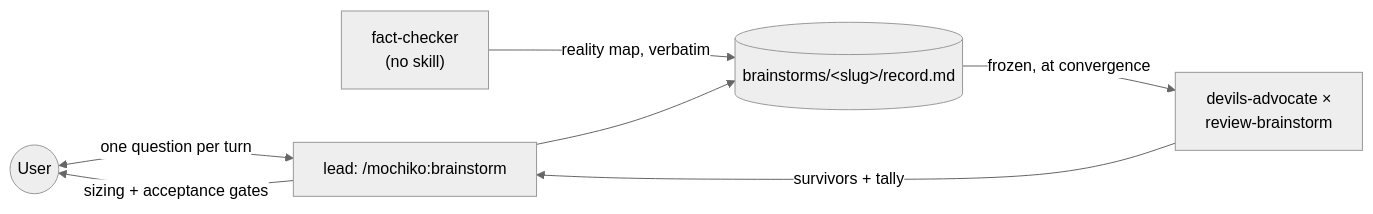
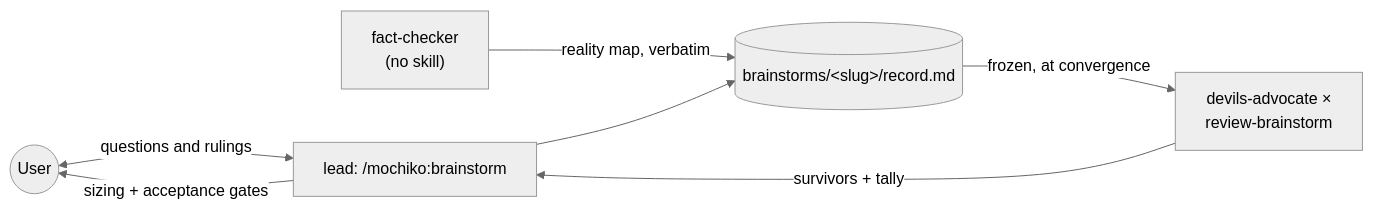
The fourth of 6 diagrams in ARCHITECTURE.md (humaninloop-dev/mochiko), drawn with Mermaid (neutral theme) before and after one commit. The commit also changed other lines of this file and 44 other files, not shown here.

````diff
--- a/ARCHITECTURE.md
+++ b/ARCHITECTURE.md
@@ -168,12 +169,12 @@
 ```mermaid
 flowchart LR
   user(("User"))
   lead["lead: /mochiko:brainstorm"]
   fc["fact-checker<br/>(no skill)"]
   rev["devils-advocate ×<br/>review-brainstorm"]
-  user <-->|"one question per turn"| lead
+  user <-->|"questions and rulings"| lead
   fc -->|"reality map, verbatim"| record[("brainstorms/&lt;slug&gt;/record.md")]
   lead --> record
   record -->|"frozen, at convergence"| rev -->|"survivors + tally"| lead
   lead -->|"sizing + acceptance gates"| user
 ```
````
